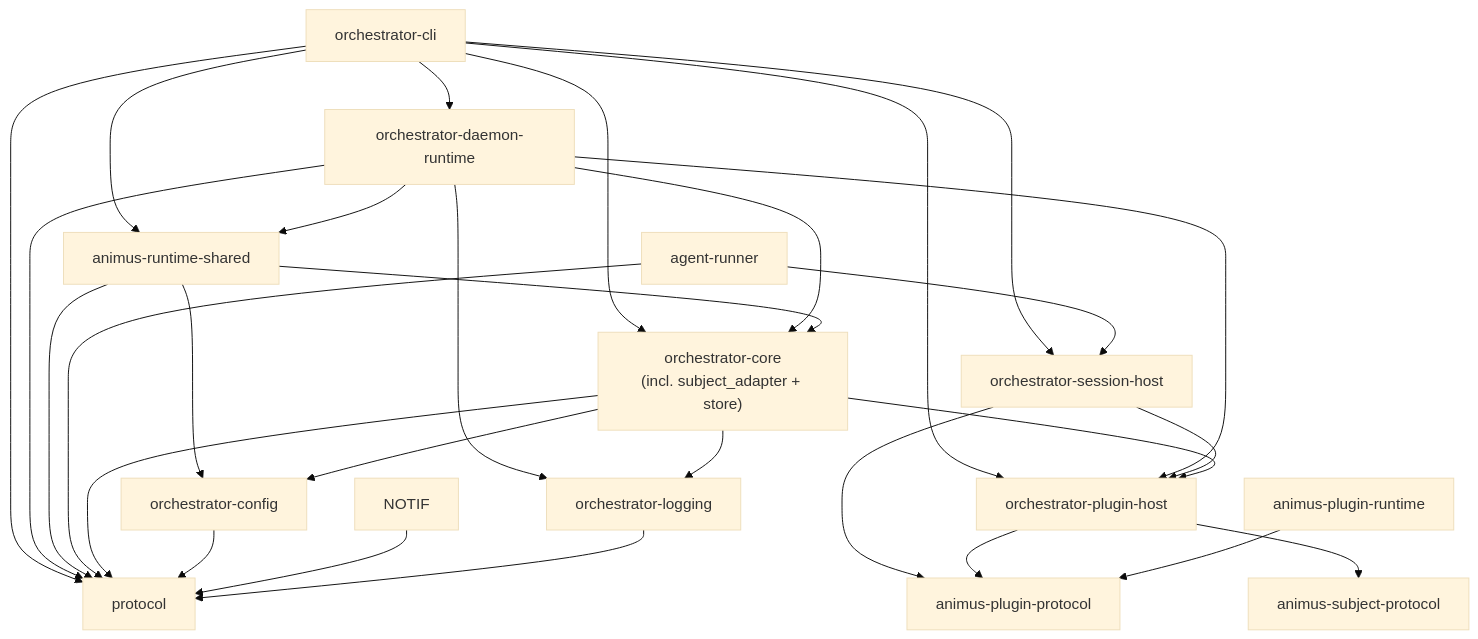
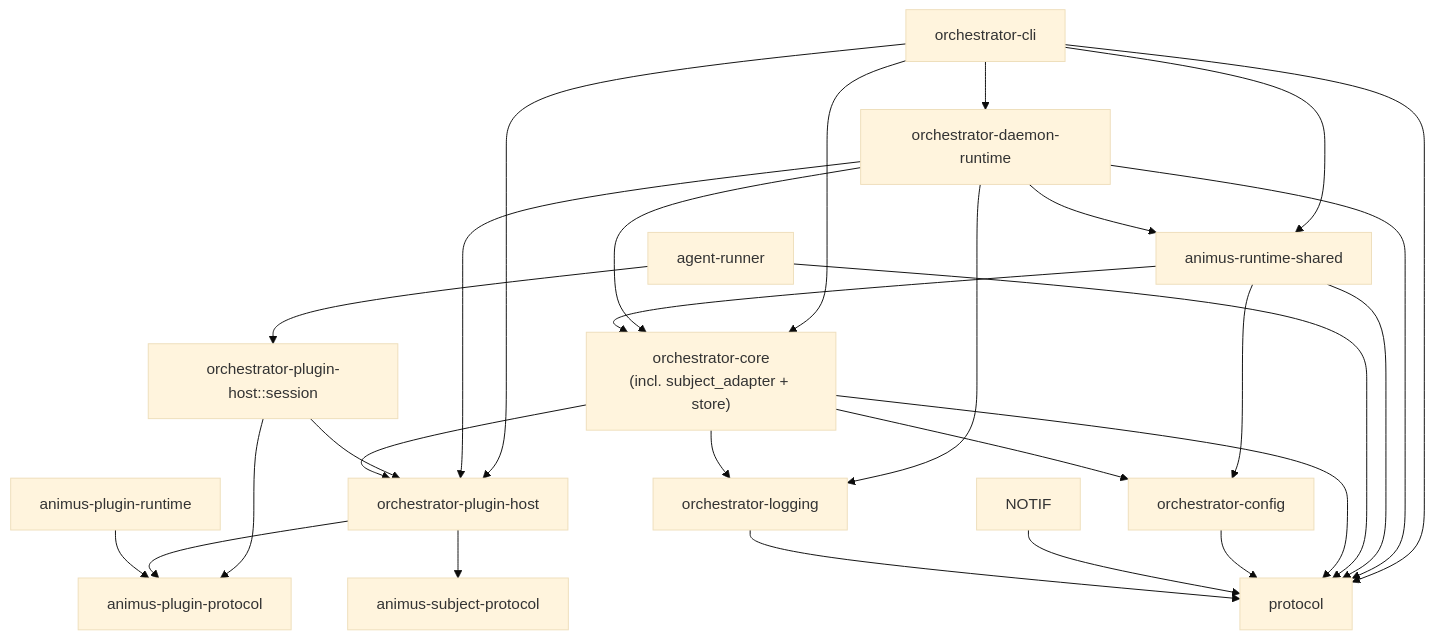
One commit to launchapp-dev/animus-cli changed the diagram in docs/architecture/index.md. Above: the diagram before and after it, drawn with Mermaid (base theme). The commit also changed other lines of this file and 7 other files, not shown here.

Commit message:
docs: sync architecture references

````diff
--- a/docs/architecture/index.md
+++ b/docs/architecture/index.md
@@ -23,53 +23,52 @@
 ```mermaid
 graph TD
     CLI[orchestrator-cli]
     CORE["orchestrator-core<br/>(incl. subject_adapter + store)"]
     PROTO[protocol]
     CONFIG[orchestrator-config]
     DAEMON[orchestrator-daemon-runtime]
     WR[animus-runtime-shared]
     AR[agent-runner]
-    SESSION[orchestrator-session-host]
+    SESSION["orchestrator-plugin-host::session"]
     PLUGIN_HOST[orchestrator-plugin-host]
     PLUGIN_PROTO[animus-plugin-protocol]
     PLUGIN_RUNTIME[animus-plugin-runtime]
     SUBJECT_PROTO[animus-subject-protocol]
     LOG[orchestrator-logging]
 
     CLI --> CORE
     CLI --> DAEMON
     CLI --> WR
     CLI --> PLUGIN_HOST
-    CLI --> SESSION
     CLI --> PROTO
 
     DAEMON --> CORE
     DAEMON --> WR
     DAEMON --> PLUGIN_HOST
     DAEMON --> LOG
     DAEMON --> PROTO
 
     WR --> CORE
     WR --> CONFIG
     WR --> PROTO
 
     AR --> SESSION
     AR --> PROTO
 
     SESSION --> PLUGIN_HOST
     SESSION --> PLUGIN_PROTO
 
     PLUGIN_HOST --> PLUGIN_PROTO
     PLUGIN_HOST --> SUBJECT_PROTO
 
     CORE --> CONFIG
     CORE --> LOG
     CORE --> PLUGIN_HOST
     CORE --> PROTO
 
     CONFIG --> PROTO
     NOTIF --> PROTO
     LOG --> PROTO
 
     PLUGIN_RUNTIME --> PLUGIN_PROTO
 ```
````
